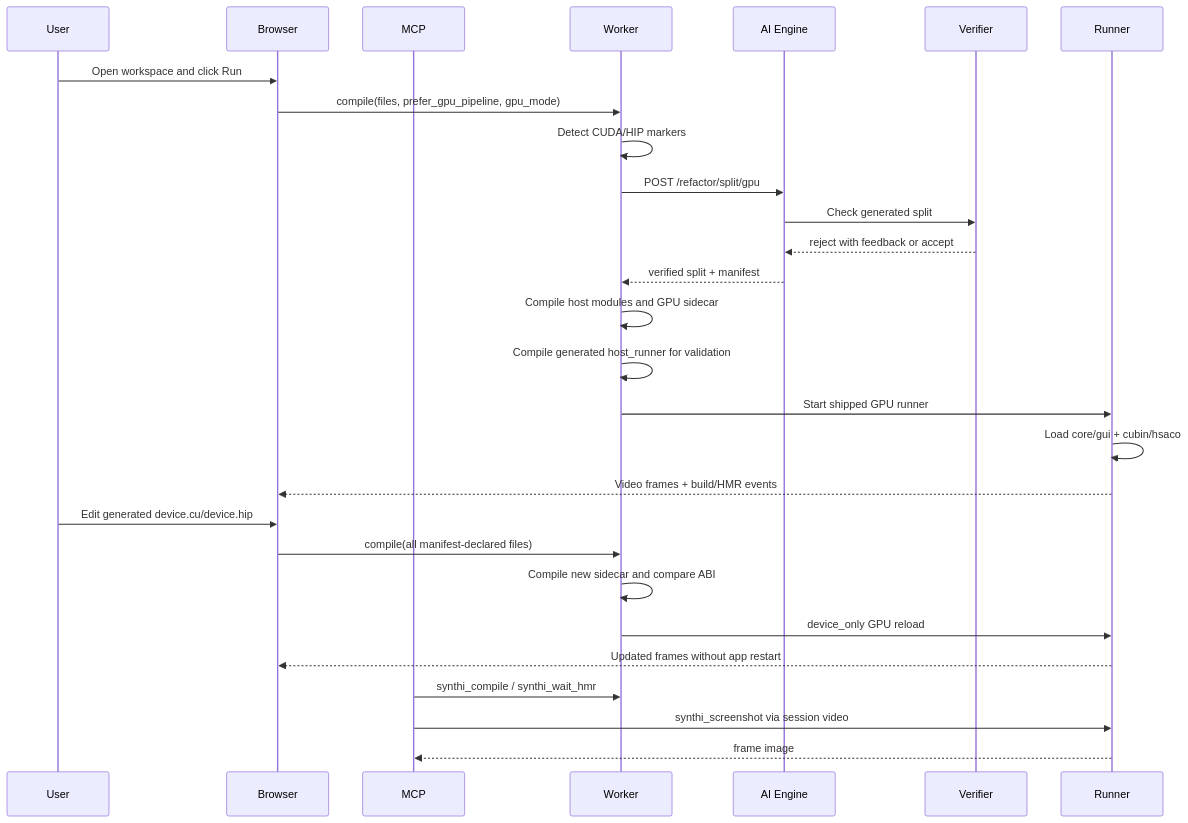
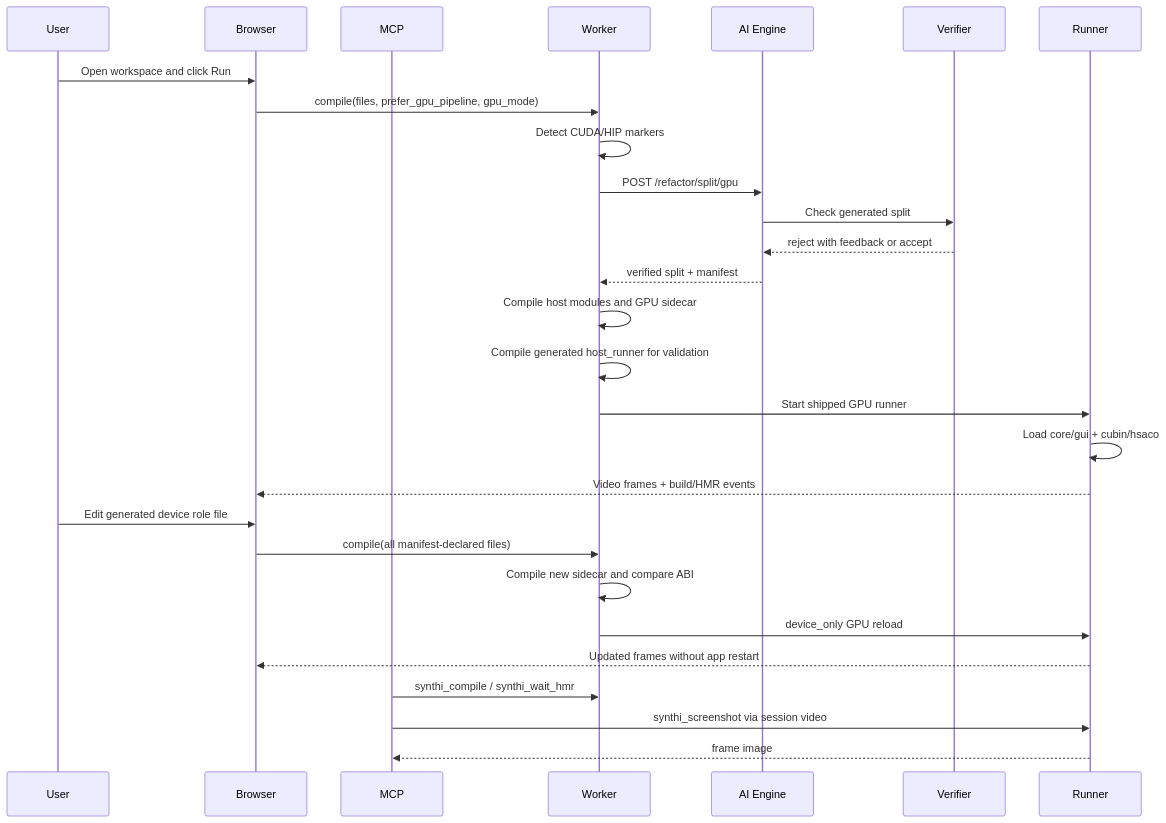
The diagram in docs/GPU_HMR_IN_DEPTH_FLOW.md (aleksandarkolev-st/vectant), drawn with Mermaid before and after one commit. The commit also changed other lines of this file and 5 other files, not shown here.

````diff
--- a/docs/GPU_HMR_IN_DEPTH_FLOW.md
+++ b/docs/GPU_HMR_IN_DEPTH_FLOW.md
@@ -97,33 +97,33 @@
 ```mermaid
 sequenceDiagram
     participant User
     participant Browser
     participant MCP
     participant Worker
     participant AI as AI Engine
     participant Verifier
     participant Runner
 
     User->>Browser: Open workspace and click Run
     Browser->>Worker: compile(files, prefer_gpu_pipeline, gpu_mode)
     Worker->>Worker: Detect CUDA/HIP markers
     Worker->>AI: POST /refactor/split/gpu
     AI->>Verifier: Check generated split
     Verifier-->>AI: reject with feedback or accept
     AI-->>Worker: verified split + manifest
     Worker->>Worker: Compile host modules and GPU sidecar
     Worker->>Worker: Compile generated host_runner for validation
     Worker->>Runner: Start shipped GPU runner
     Runner->>Runner: Load core/gui + cubin/hsaco
     Runner-->>Browser: Video frames + build/HMR events
 
-    User->>Browser: Edit generated device.cu/device.hip
+    User->>Browser: Edit generated device role file
     Browser->>Worker: compile(all manifest-declared files)
     Worker->>Worker: Compile new sidecar and compare ABI
     Worker->>Runner: device_only GPU reload
     Runner-->>Browser: Updated frames without app restart
 
     MCP->>Worker: synthi_compile / synthi_wait_hmr
     MCP->>Runner: synthi_screenshot via session video
     Runner-->>MCP: frame image
 ```
````
